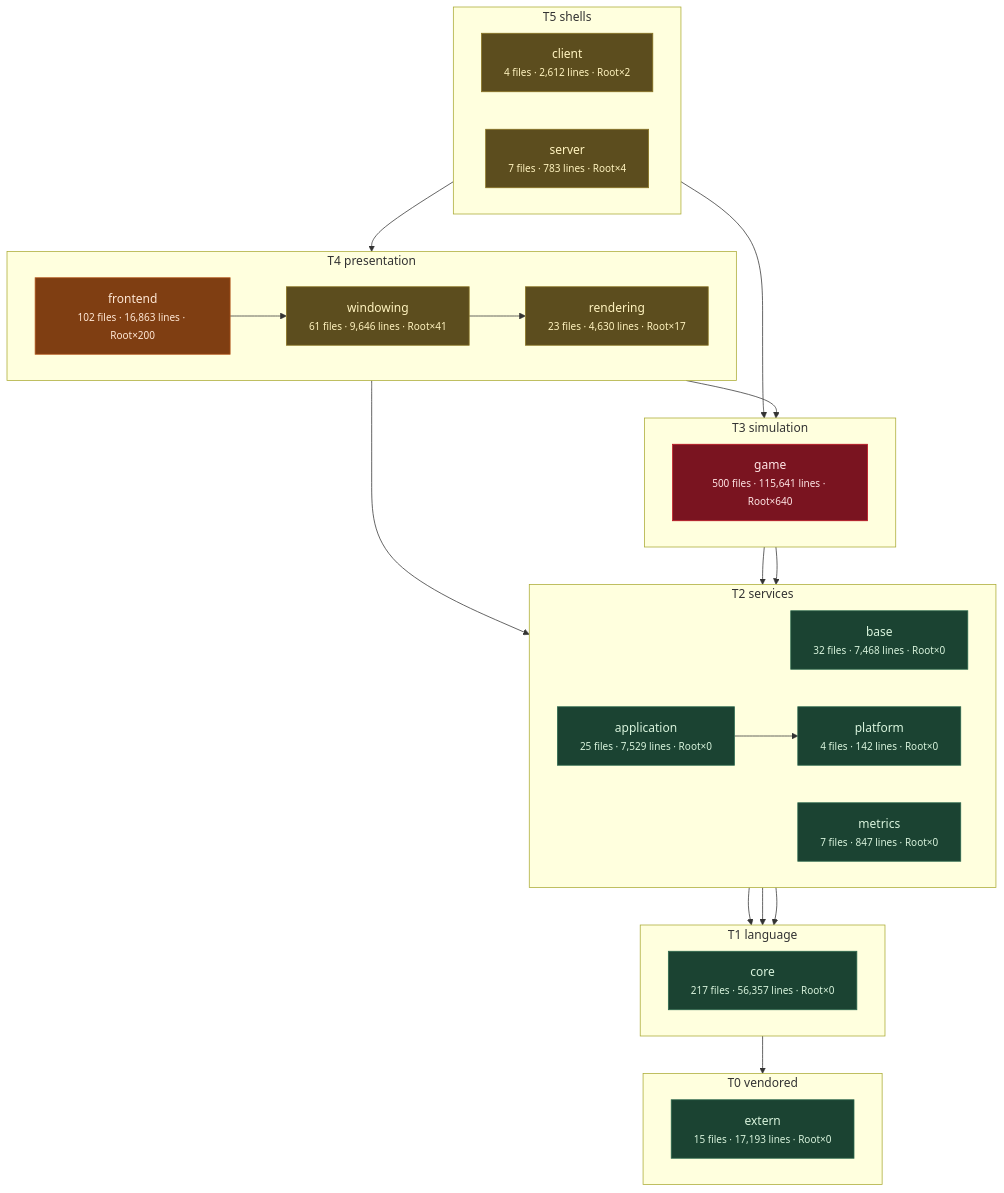
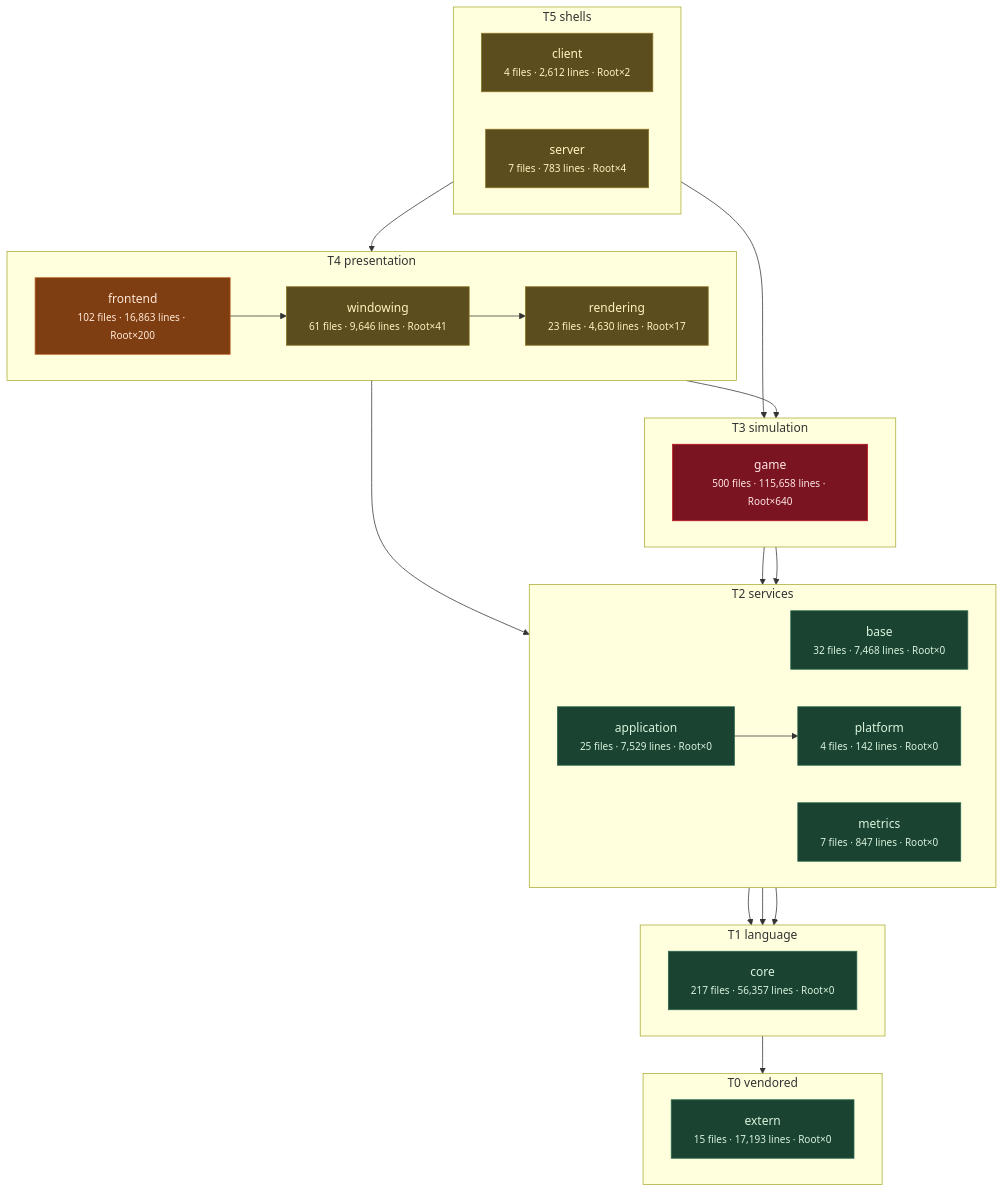
The third of 11 diagrams in docs/architecture/system-boundaries.md (apnex/OpenStarbound), drawn with Mermaid before and after one commit. The commit also changed other lines of this file and 3 other files, not shown here.

````diff
--- a/docs/architecture/system-boundaries.md
+++ b/docs/architecture/system-boundaries.md
@@ -271,54 +271,54 @@
 ```mermaid
 flowchart TD
   subgraph T0["T0 vendored"]
     direction LR
     extern["extern<br/><small>15 files · 17,193 lines · Root×0</small>"]
   end
   subgraph T1["T1 language"]
     direction LR
     core["core<br/><small>217 files · 56,357 lines · Root×0</small>"]
   end
   subgraph T2["T2 services"]
     direction LR
     base["base<br/><small>32 files · 7,468 lines · Root×0</small>"]
     metrics["metrics<br/><small>7 files · 847 lines · Root×0</small>"]
     platform["platform<br/><small>4 files · 142 lines · Root×0</small>"]
     application["application<br/><small>25 files · 7,529 lines · Root×0</small>"]
   end
   subgraph T3["T3 simulation"]
     direction LR
-    game["game<br/><small>500 files · 115,641 lines · Root×640</small>"]
+    game["game<br/><small>500 files · 115,658 lines · Root×640</small>"]
   end
   subgraph T4["T4 presentation"]
     direction LR
     rendering["rendering<br/><small>23 files · 4,630 lines · Root×17</small>"]
     windowing["windowing<br/><small>61 files · 9,646 lines · Root×41</small>"]
     frontend["frontend<br/><small>102 files · 16,863 lines · Root×200</small>"]
   end
   subgraph T5["T5 shells"]
     direction LR
     client["client<br/><small>4 files · 2,612 lines · Root×2</small>"]
     server["server<br/><small>7 files · 783 lines · Root×4</small>"]
   end
   core --> extern
   base --> core
   metrics --> core
   platform --> core
   application --> platform
   game --> base
   game --> platform
   rendering --> application
   rendering --> game
   windowing --> rendering
   frontend --> windowing
   client --> frontend
   server --> game
   classDef clean fill:#1b4332,stroke:#2d6a4f,color:#d8f3dc
   classDef warm  fill:#5c4d1e,stroke:#8a7420,color:#fff3bf
   classDef hot   fill:#7f3e12,stroke:#b5561b,color:#ffe8d6
   classDef blaze fill:#7a1420,stroke:#c1121f,color:#ffe5e5
   class extern,core,base,metrics,platform,application clean
   class rendering,windowing,client,server warm
   class frontend hot
   class game blaze
 ```
````
